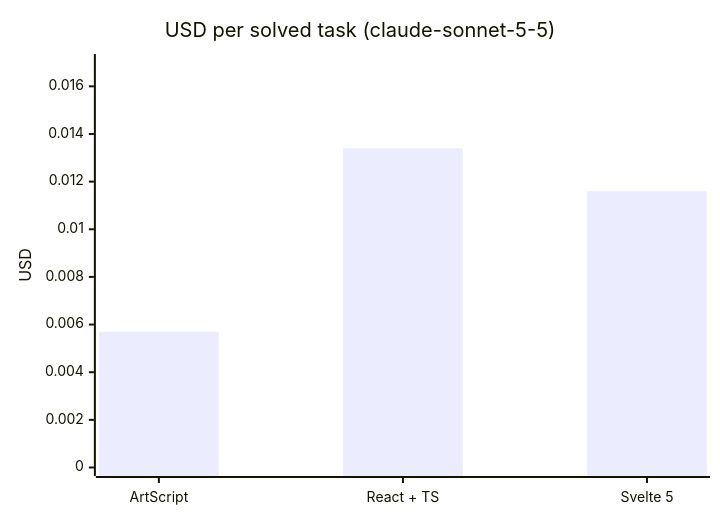
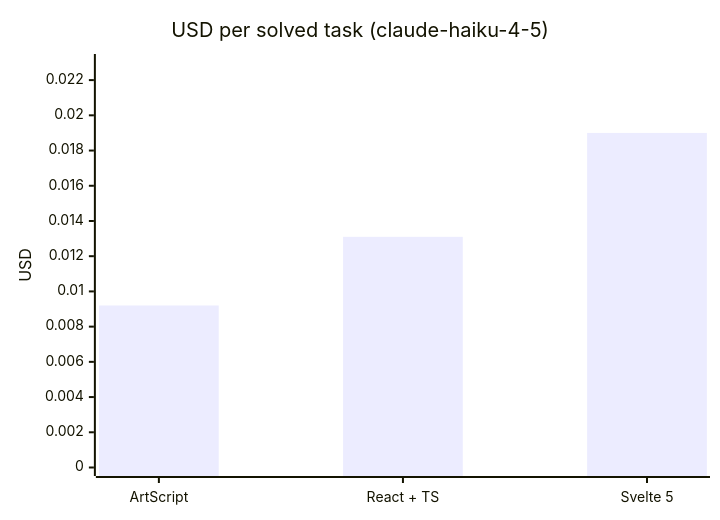
One commit to leb90/ArtScript changed the third of 3 diagrams in README.md. Above: the diagram before and after it, drawn with Mermaid. The commit also changed other lines of this file and 6 other files, not shown here.

````diff
--- a/README.md
+++ b/README.md
@@ -210,7 +291,7 @@
 ```mermaid
 xychart-beta
-    title "USD per solved task (claude-sonnet-5-5)"
+    title "USD per solved task (claude-haiku-4-5)"
     x-axis ["ArtScript", "React + TS", "Svelte 5"]
-    y-axis "USD" 0 --> 0.017
-    bar [0.0057, 0.0134, 0.0116]
+    y-axis "USD" 0 --> 0.023
+    bar [0.0092, 0.0131, 0.0190]
 ```
````
